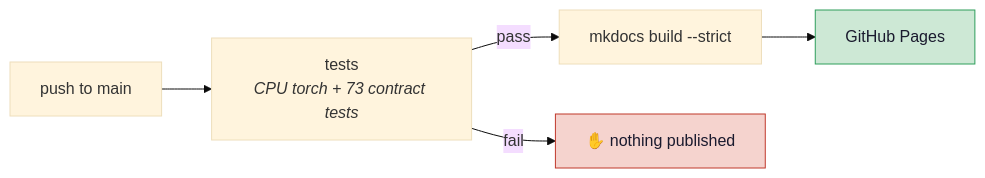
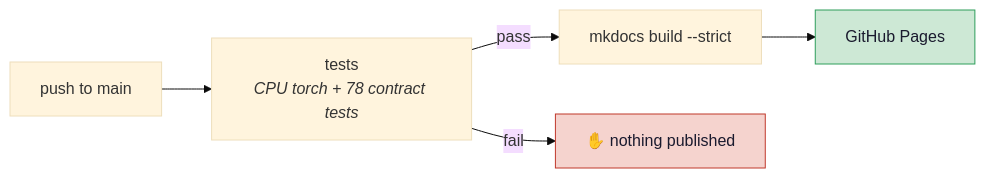
Before and after one commit to sabrinahartung/verifai-medical: the second of 2 diagrams in docs/development.md, drawn with Mermaid (base theme). The commit also changed 11 other files, not shown here.

````diff
--- a/docs/development.md
+++ b/docs/development.md
@@ -78,9 +78,9 @@
 ```mermaid
 flowchart LR
-    P["push to main"] --> T["tests<br/><i>CPU torch + 73 contract tests</i>"]
+    P["push to main"] --> T["tests<br/><i>CPU torch + 78 contract tests</i>"]
     T -->|pass| D["mkdocs build --strict"]
     T -->|fail| X["✋ nothing published"]
     D --> G["GitHub Pages"]
     style X fill:#F5D3CE,stroke:#C0392B,color:#1a1a2e
     style G fill:#CDE8D5,stroke:#2E9E5B,color:#1a1a2e
 ```
````
